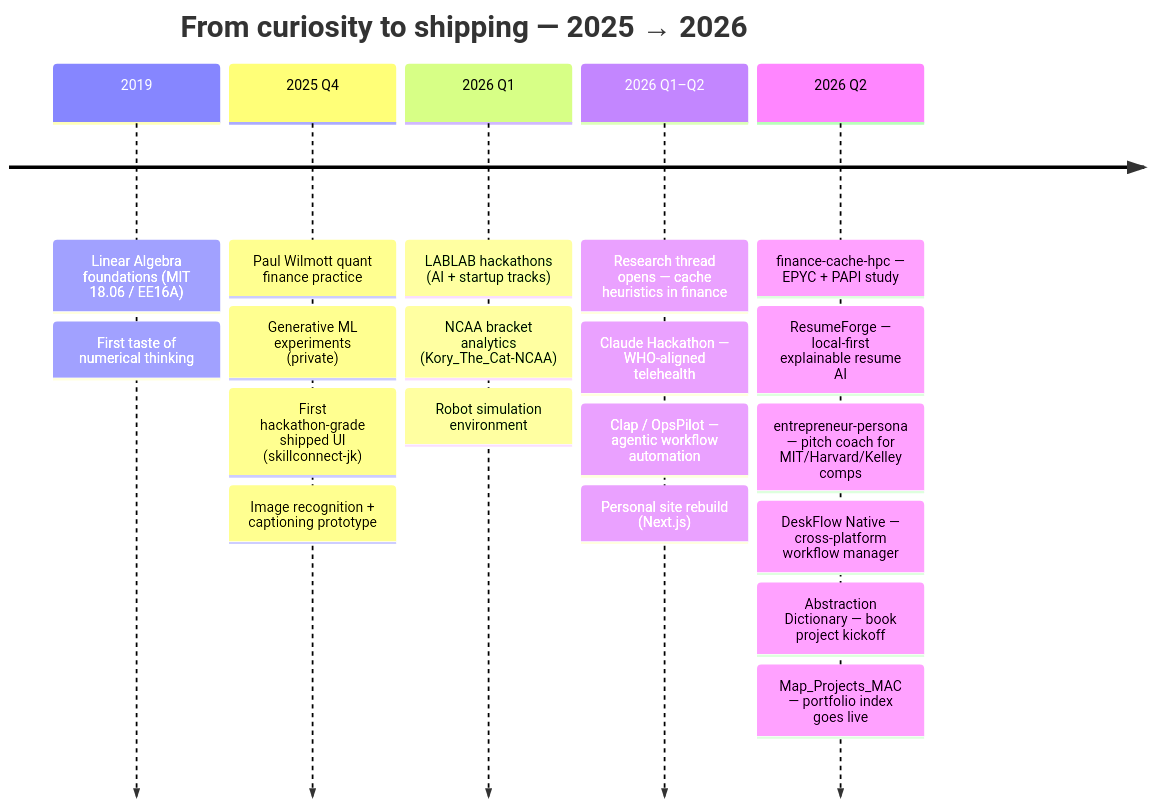
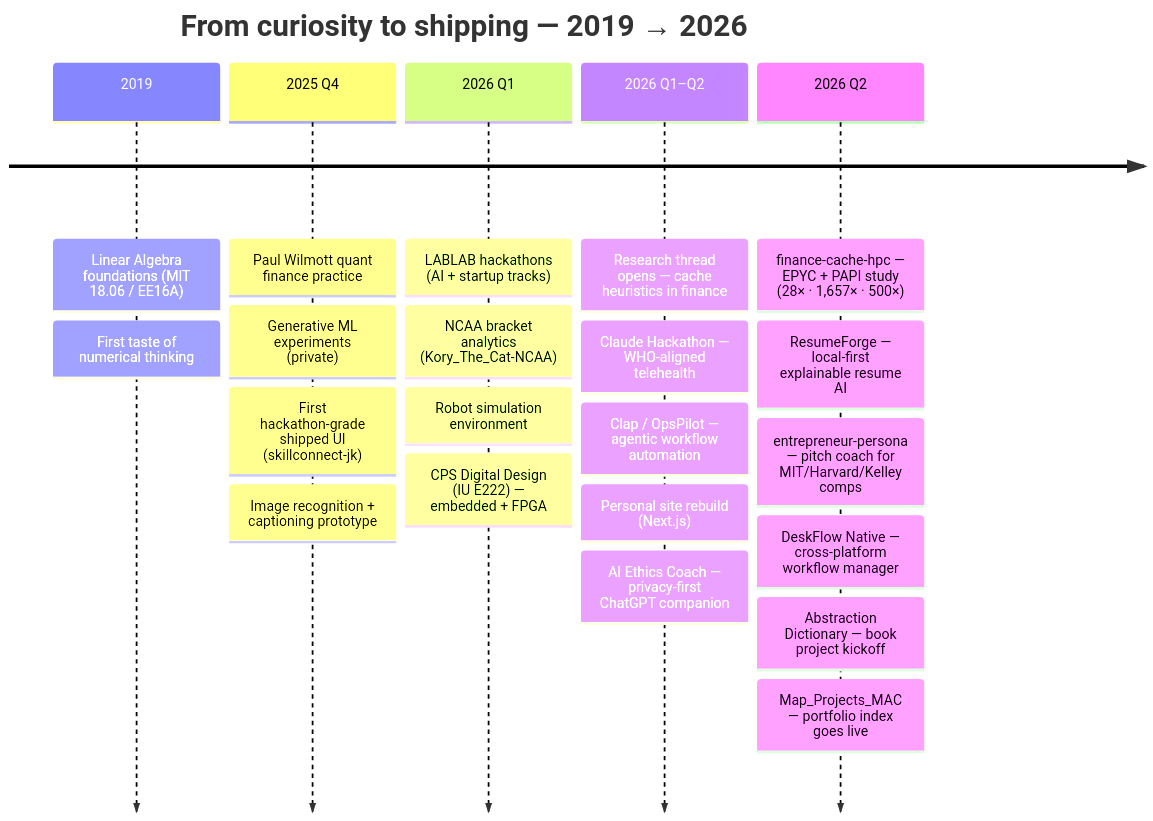
The diagram in README.md (pbathuri/pbathuri), drawn with Mermaid before and after one commit. The commit also changed other lines of this file and 2 other files, not shown here.

````diff
--- a/README.md
+++ b/README.md
@@ -61,23 +99,25 @@
 ```mermaid
 timeline
-    title From curiosity to shipping — 2025 → 2026
+    title From curiosity to shipping — 2019 → 2026
     2019 : Linear Algebra foundations (MIT 18.06 / EE16A)
          : First taste of numerical thinking
     2025 Q4 : Paul Wilmott quant finance practice
             : Generative ML experiments (private)
             : First hackathon-grade shipped UI (skillconnect-jk)
             : Image recognition + captioning prototype
     2026 Q1 : LABLAB hackathons (AI + startup tracks)
             : NCAA bracket analytics (Kory_The_Cat-NCAA)
             : Robot simulation environment
+            : CPS Digital Design (IU E222) — embedded + FPGA
     2026 Q1–Q2 : Research thread opens — cache heuristics in finance
                : Claude Hackathon — WHO-aligned telehealth
                : Clap / OpsPilot — agentic workflow automation
                : Personal site rebuild (Next.js)
-    2026 Q2 : finance-cache-hpc — EPYC + PAPI study
+               : AI Ethics Coach — privacy-first ChatGPT companion
+    2026 Q2 : finance-cache-hpc — EPYC + PAPI study (28× · 1,657× · 500×)
             : ResumeForge — local-first explainable resume AI
             : entrepreneur-persona — pitch coach for MIT/Harvard/Kelley comps
             : DeskFlow Native — cross-platform workflow manager
             : Abstraction Dictionary — book project kickoff
             : Map_Projects_MAC — portfolio index goes live
 ```
````
